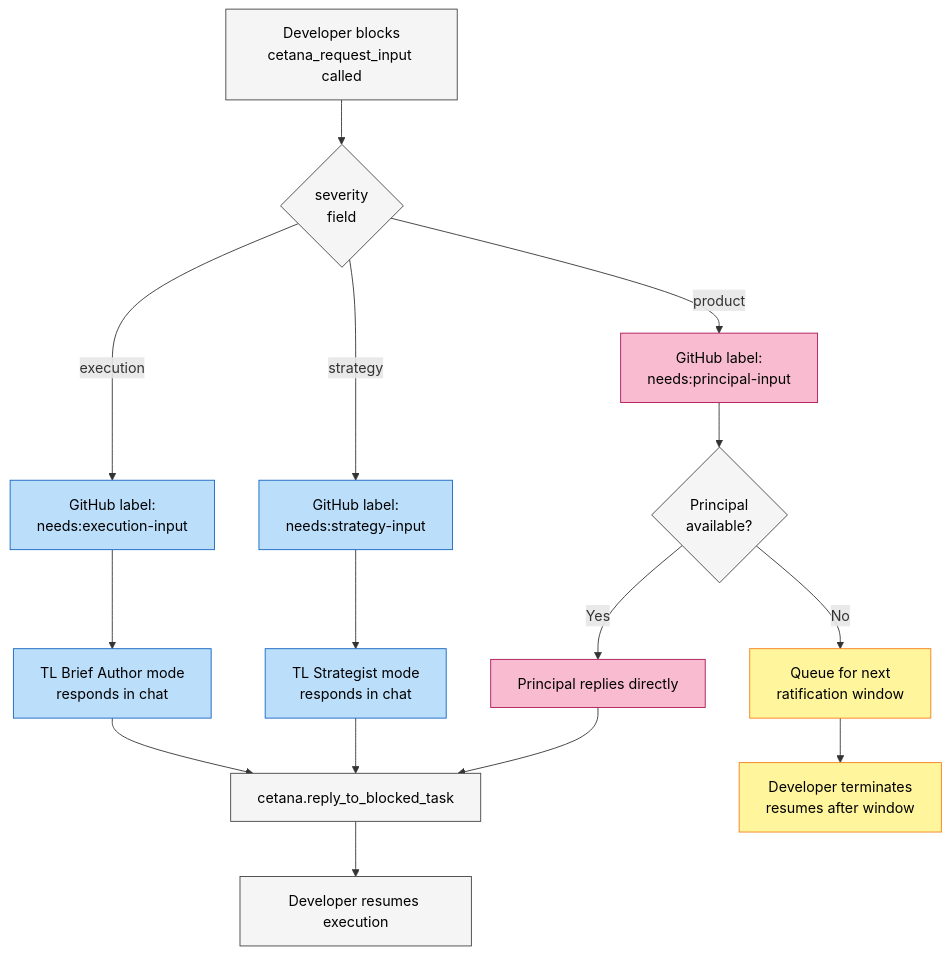
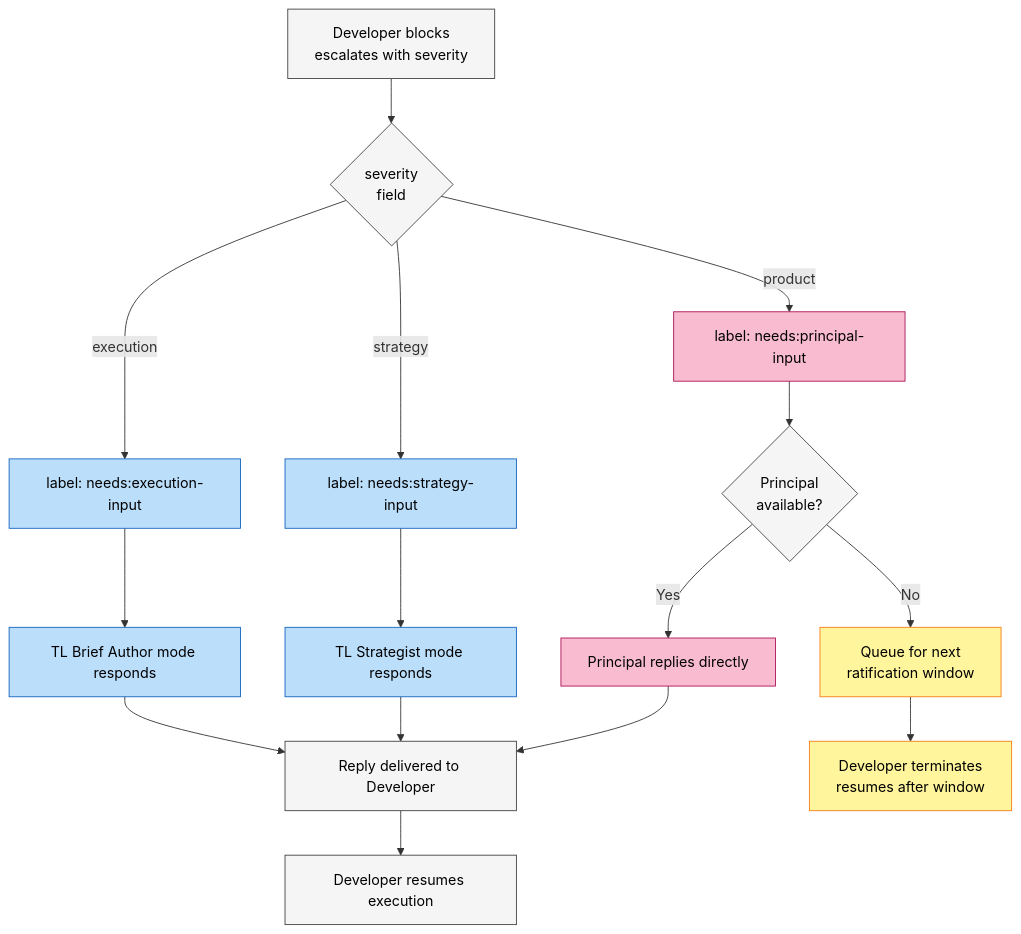
One commit to atta-labs/attalabs changed the fifth of 6 diagrams in project-management/diagrams/process-flow.md. Above: the diagram before and after it, drawn with Mermaid. The commit also changed other lines of this file, not shown here.

Commit message:
Docs: rewrite process-flow diagram to endorsed design — Phase 0 iteration planning (Planner→Issues+thin file), derived status (no status:* labels), brief into PR body, task/<iteration>/<n>, dispatch gates, explicit code-reviewer+security passes, tool-neutral escalation, Archivist close-out

````diff
--- a/project-management/diagrams/process-flow.md
+++ b/project-management/diagrams/process-flow.md
@@ -262,32 +281,32 @@
 ```mermaid
 flowchart TD
-    Block[Developer blocks<br/>cetana_request_input called] --> Severity{severity<br/>field}
+    Block[Developer blocks<br/>escalates with severity] --> Severity{severity<br/>field}
 
-    Severity -->|execution| ExecRoute[GitHub label:<br/>needs:execution-input]
-    Severity -->|strategy| StratRoute[GitHub label:<br/>needs:strategy-input]
-    Severity -->|product| ProdRoute[GitHub label:<br/>needs:principal-input]
+    Severity -->|execution| ExecRoute[label: needs:execution-input]
+    Severity -->|strategy| StratRoute[label: needs:strategy-input]
+    Severity -->|product| ProdRoute[label: needs:principal-input]
 
-    ExecRoute --> ExecResp[TL Brief Author mode<br/>responds in chat]
-    StratRoute --> StratResp[TL Strategist mode<br/>responds in chat]
+    ExecRoute --> ExecResp[TL Brief Author mode responds]
+    StratRoute --> StratResp[TL Strategist mode responds]
     ProdRoute --> ProdResp{Principal<br/>available?}
 
     ProdResp -->|Yes| PrincReply[Principal replies directly]
     ProdResp -->|No| QueueRatif[Queue for next<br/>ratification window]
 
-    ExecResp --> Reply[cetana.reply_to_blocked_task]
+    ExecResp --> Reply[Reply delivered to Developer]
     StratResp --> Reply
     PrincReply --> Reply
     QueueRatif --> Terminate[Developer terminates<br/>resumes after window]
 
     Reply --> DevResume[Developer resumes execution]
 
     classDef tlNode fill:#bbdefb,stroke:#1565c0,color:#000
     classDef principalNode fill:#f8bbd0,stroke:#ad1457,color:#000
     classDef queueNode fill:#fff59d,stroke:#f57f17,color:#000
     classDef neutralNode fill:#f5f5f5,stroke:#424242,color:#000
 
     class ExecRoute,StratRoute,ExecResp,StratResp tlNode
     class ProdRoute,PrincReply principalNode
     class QueueRatif,Terminate queueNode
     class Block,Severity,ProdResp,Reply,DevResume neutralNode
 ```
````
